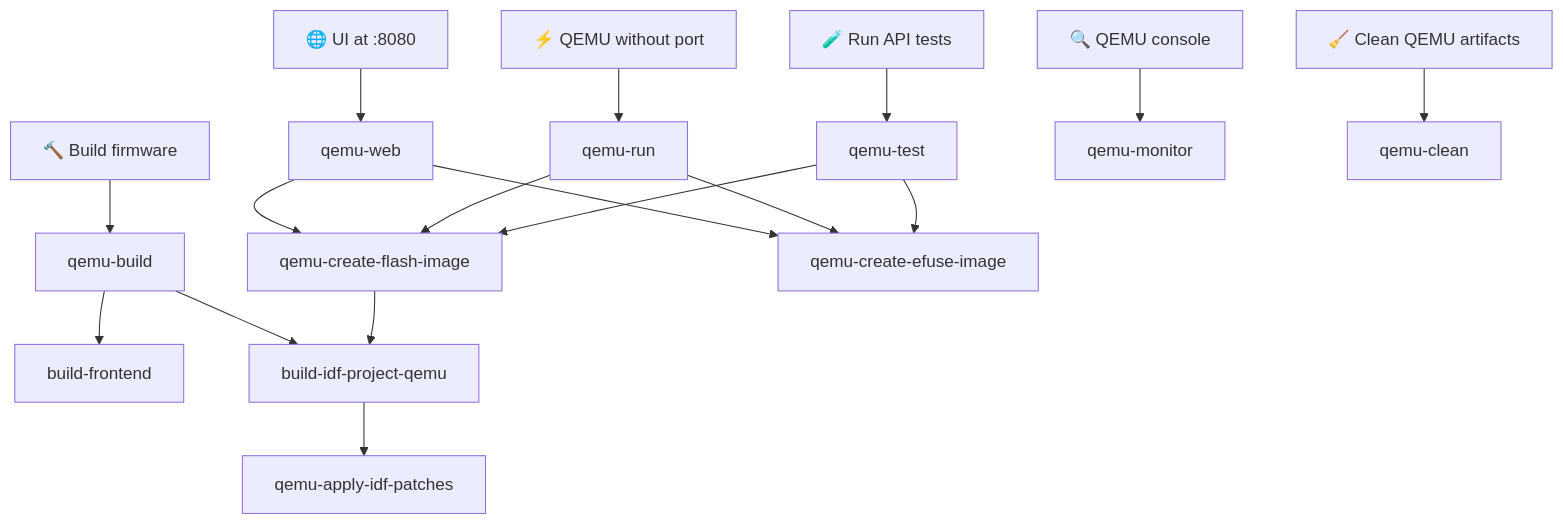
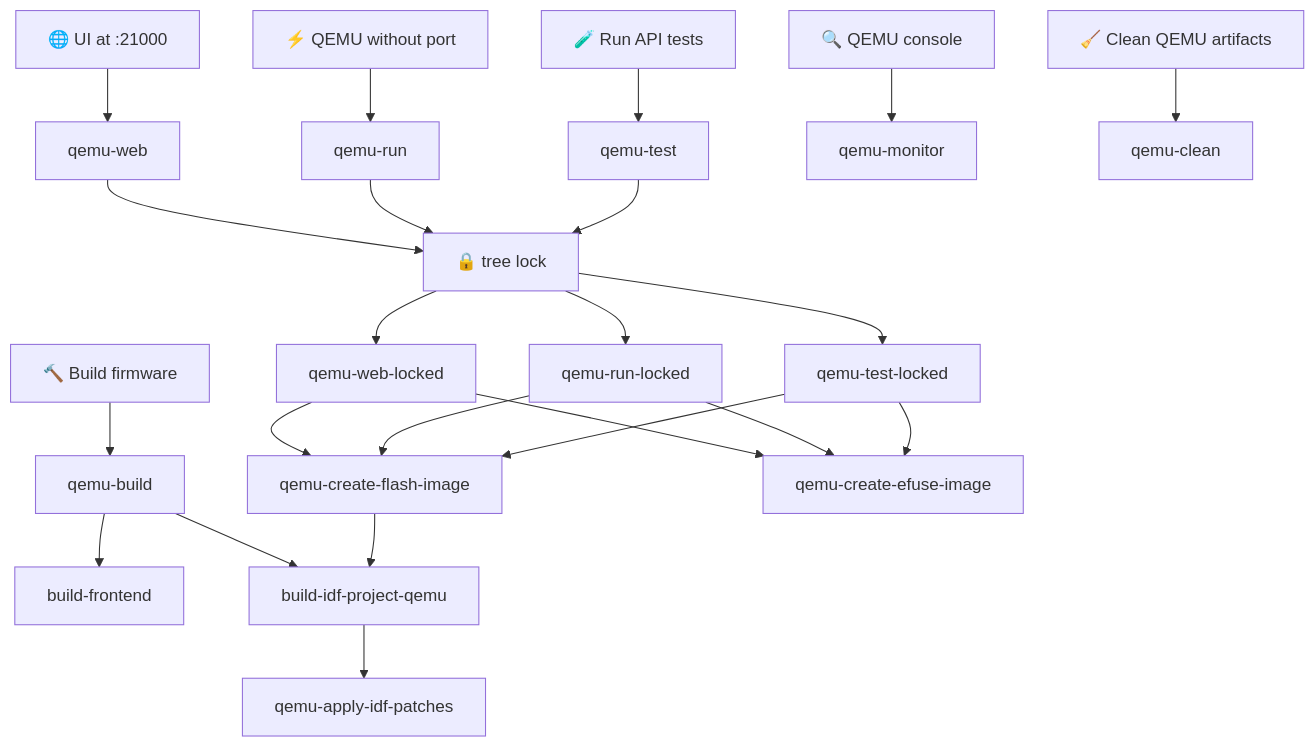
The diagram in README_QEMU.md (wirenboard/wb-mge), drawn with Mermaid before and after one commit. The commit also changed other lines of this file and 37 other files, not shown here.

````diff
--- a/README_QEMU.md
+++ b/README_QEMU.md
@@ -29,21 +56,28 @@
 ```mermaid
 graph TD
     B["🔨 Build firmware"] --> qemu-build
-    W["🌐 UI at :8080"] --> qemu-web
+    W["🌐 UI at :21000"] --> qemu-web
     T["🧪 Run API tests"] --> qemu-test
     R["⚡ QEMU without port"] --> qemu-run
     M["🔍 QEMU console"] --> qemu-monitor
     C["🧹 Clean QEMU artifacts"] --> qemu-clean
 
     qemu-build --> build-frontend
     qemu-build --> build-idf-project-qemu
 
-    qemu-web --> qemu-create-flash-image
-    qemu-web --> qemu-create-efuse-image
-    qemu-run --> qemu-create-flash-image
-    qemu-run --> qemu-create-efuse-image
-    qemu-test --> qemu-create-flash-image
-    qemu-test --> qemu-create-efuse-image
+    qemu-web --> L1["🔒 tree lock"]
+    qemu-run --> L1
+    qemu-test --> L1
+    L1 --> qemu-web-locked
+    L1 --> qemu-run-locked
+    L1 --> qemu-test-locked
+
+    qemu-web-locked --> qemu-create-flash-image
+    qemu-web-locked --> qemu-create-efuse-image
+    qemu-run-locked --> qemu-create-flash-image
+    qemu-run-locked --> qemu-create-efuse-image
+    qemu-test-locked --> qemu-create-flash-image
+    qemu-test-locked --> qemu-create-efuse-image
     qemu-create-flash-image --> build-idf-project-qemu
     build-idf-project-qemu --> qemu-apply-idf-patches
 ```
````
